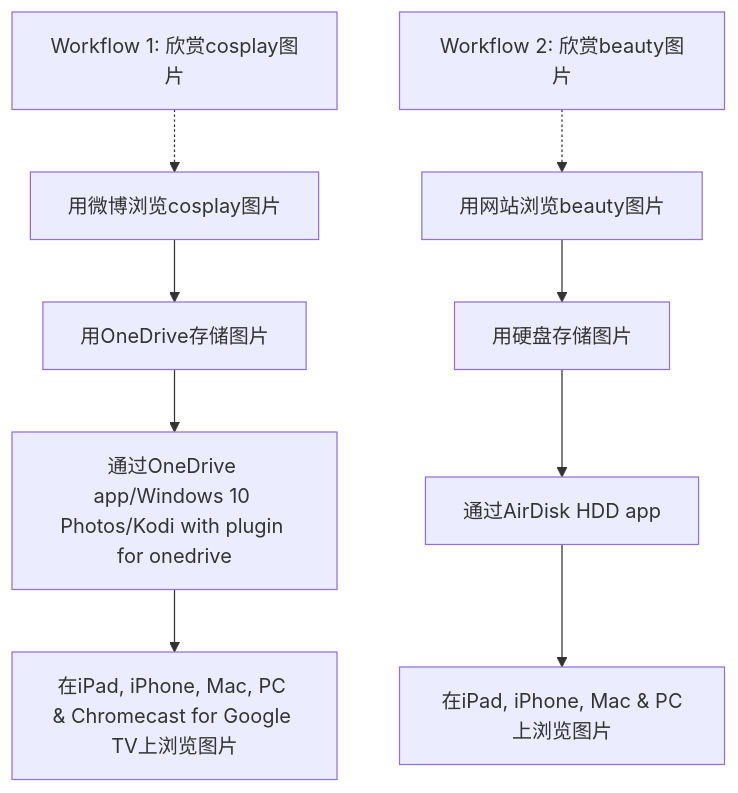
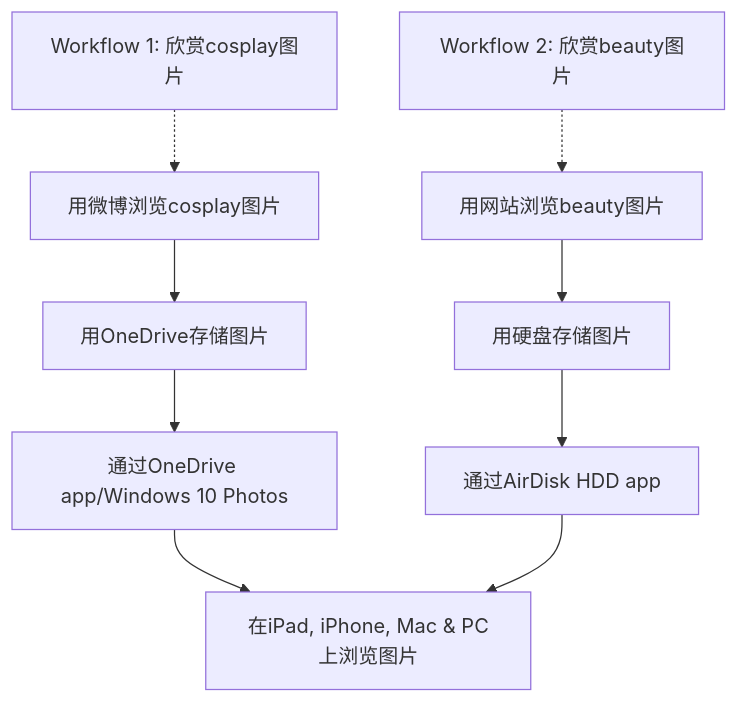
The diagram in _posts/productivity/2021-03-28-picture-viewing-setup.md (goooooouwa/writings), drawn with Mermaid before and after one commit.

```diff
--- a/_posts/productivity/2021-03-28-picture-viewing-setup.md
+++ b/_posts/productivity/2021-03-28-picture-viewing-setup.md
@@ -9,17 +9,17 @@
 <div class="mermaid">
     graph TD
     T1[Workflow 1: 欣赏cosplay图片] -.-> A
 
     A[用微博浏览cosplay图片]
     A --> F[用OneDrive存储图片]
-    F --> B[通过OneDrive app/Windows 10 Photos/Kodi with plugin for onedrive]
-    B --> D[在iPad, iPhone, Mac, PC & Chromecast for Google TV上浏览图片]
+    F --> B[通过OneDrive app/Windows 10 Photos]
+    B --> D[在iPad, iPhone, Mac & PC上浏览图片]
 
 
     T2[Workflow 2: 欣赏beauty图片] -.-> G
 
     G[用网站浏览beauty图片]
     G --> H[用硬盘存储图片]
     H --> C[通过AirDisk HDD app]
-    C --> E[在iPad, iPhone, Mac & PC上浏览图片]
+    C --> D
 </div>
```
